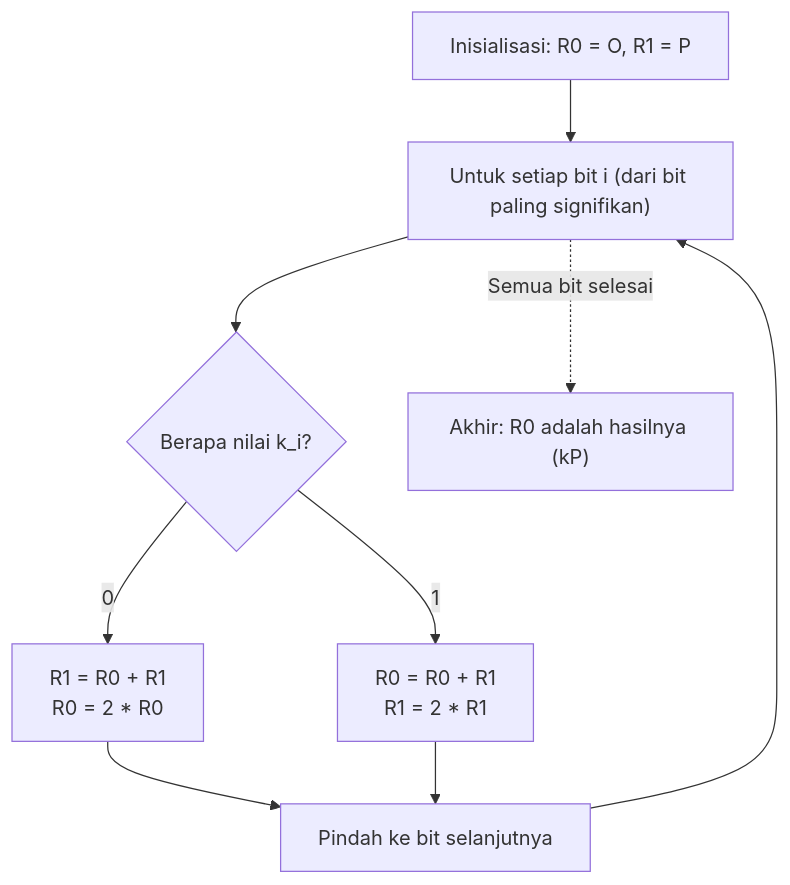
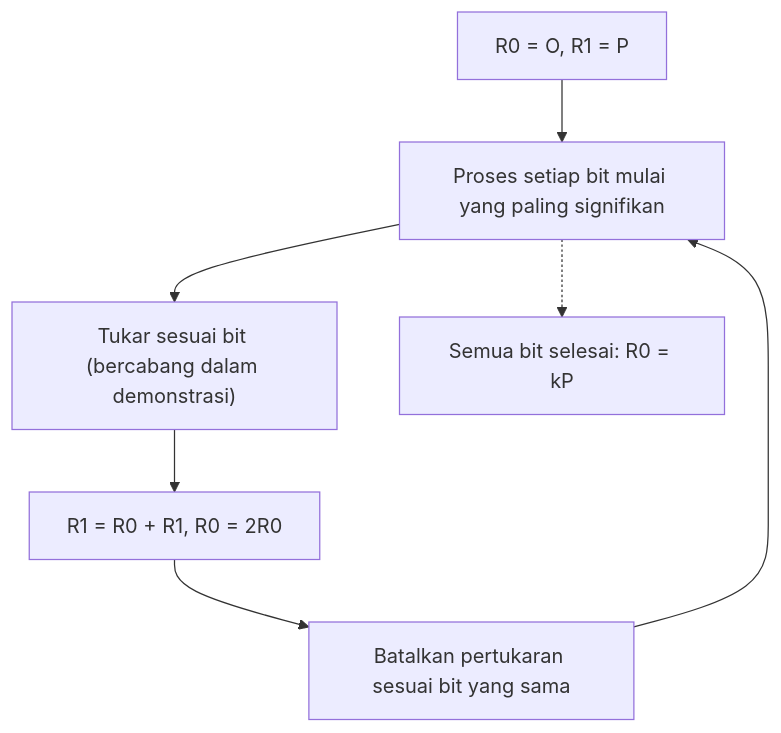
One commit to kenjinote/blog changed the second of 3 diagrams in content/post/楕円曲線暗号の数学的基礎とcppでの実装/index.id.md. Above: the diagram before and after it, drawn with Mermaid. The commit also changed other lines of this file and 6 other files, not shown here.

````diff
--- a/content/post/楕円曲線暗号の数学的基礎とcppでの実装/index.id.md
+++ b/content/post/楕円曲線暗号の数学的基礎とcppでの実装/index.id.md
@@ -253,14 +106,9 @@
 ```mermaid
 graph TD
-    Start["Inisialisasi: R0 = O, R1 = P"] --> LoopStart["Untuk setiap bit i (dari bit paling signifikan)"]
-    LoopStart --> Cond{"Berapa nilai k_i?"}
-    
-    Cond -->|"0"| Branch0["R1 = R0 + R1<br>R0 = 2 * R0"]
-    Cond -->|"1"| Branch1["R0 = R0 + R1<br>R1 = 2 * R1"]
-    
-    Branch0 --> LoopEnd["Pindah ke bit selanjutnya"]
-    Branch1 --> LoopEnd
-    
-    LoopEnd --> LoopStart
-    LoopStart -.->|"Semua bit selesai"| End["Akhir: R0 adalah hasilnya (kP)"]
+    A["R0 = O, R1 = P"] --> B["Proses setiap bit mulai yang paling signifikan"]
+    B --> C["Tukar sesuai bit (bercabang dalam demonstrasi)"]
+    C --> D["R1 = R0 + R1, R0 = 2R0"]
+    D --> E["Batalkan pertukaran sesuai bit yang sama"]
+    E --> B
+    B -.-> F["Semua bit selesai: R0 = kP"]
 ```
````
